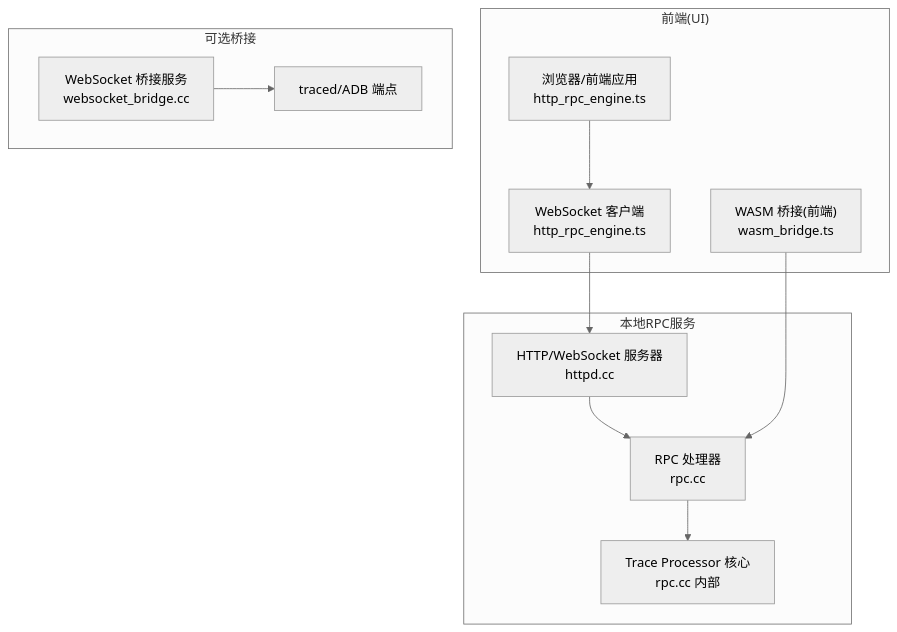
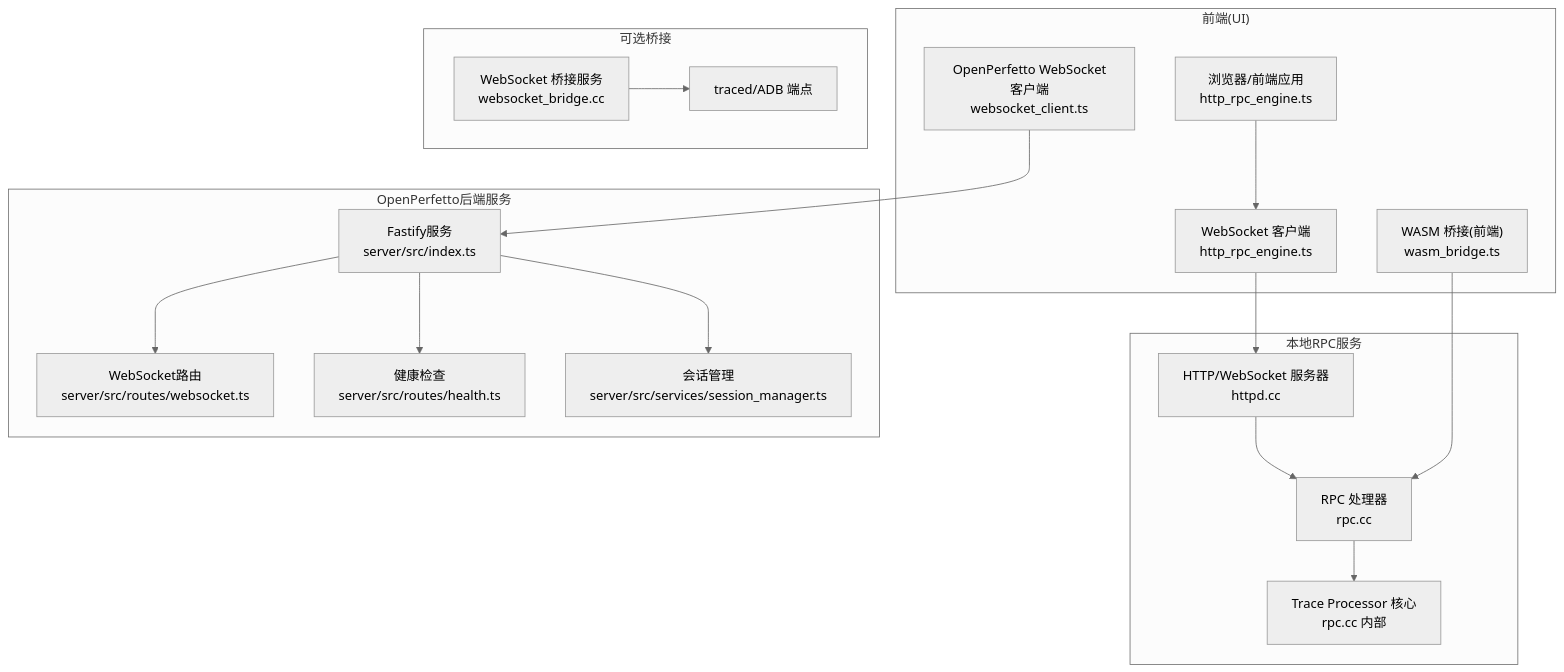
Before and after one commit to TracerQi/openperfetto: the first of 13 diagrams in .qoder/repowiki/zh/content/Web界面和可视化/后端通信和数据流.md, drawn with Mermaid (neutral theme). The commit also changed other lines of this file and 706 other files, not shown here.

Commit message:
[OpenPerfetto][03]{Front-end and back-end implementations,Unit Testing}

````diff
--- a/.qoder/repowiki/zh/content/Web界面和可视化/后端通信和数据流.md
+++ b/.qoder/repowiki/zh/content/Web界面和可视化/后端通信和数据流.md
@@ -46,23 +63,34 @@
 ```mermaid
 graph TB
 subgraph "前端(UI)"
 FE["浏览器/前端应用<br/>http_rpc_engine.ts"]
 WS["WebSocket 客户端<br/>http_rpc_engine.ts"]
 WASM_TS["WASM 桥接(前端)<br/>wasm_bridge.ts"]
+OP_WS["OpenPerfetto WebSocket客户端<br/>websocket_client.ts"]
 end
 subgraph "本地RPC服务"
 HTTPD["HTTP/WebSocket 服务器<br/>httpd.cc"]
 RPC["RPC 处理器<br/>rpc.cc"]
 TP["Trace Processor 核心<br/>rpc.cc 内部"]
 end
 subgraph "可选桥接"
 WSBR["WebSocket 桥接服务<br/>websocket_bridge.cc"]
 TRACED["traced/ADB 端点"]
 end
+subgraph "OpenPerfetto后端服务"
+FASTIFY["Fastify服务<br/>server/src/index.ts"]
+WS_ROUTE["WebSocket路由<br/>server/src/routes/websocket.ts"]
+HEALTH["健康检查<br/>server/src/routes/health.ts"]
+SESS_MGR["会话管理<br/>server/src/services/session_manager.ts"]
+end
 FE --> WS
 WS --> HTTPD
 HTTPD --> RPC
 RPC --> TP
 WASM_TS --> RPC
 WSBR --> TRACED
+OP_WS --> FASTIFY
+FASTIFY --> WS_ROUTE
+FASTIFY --> HEALTH
+FASTIFY --> SESS_MGR
 ```
````
